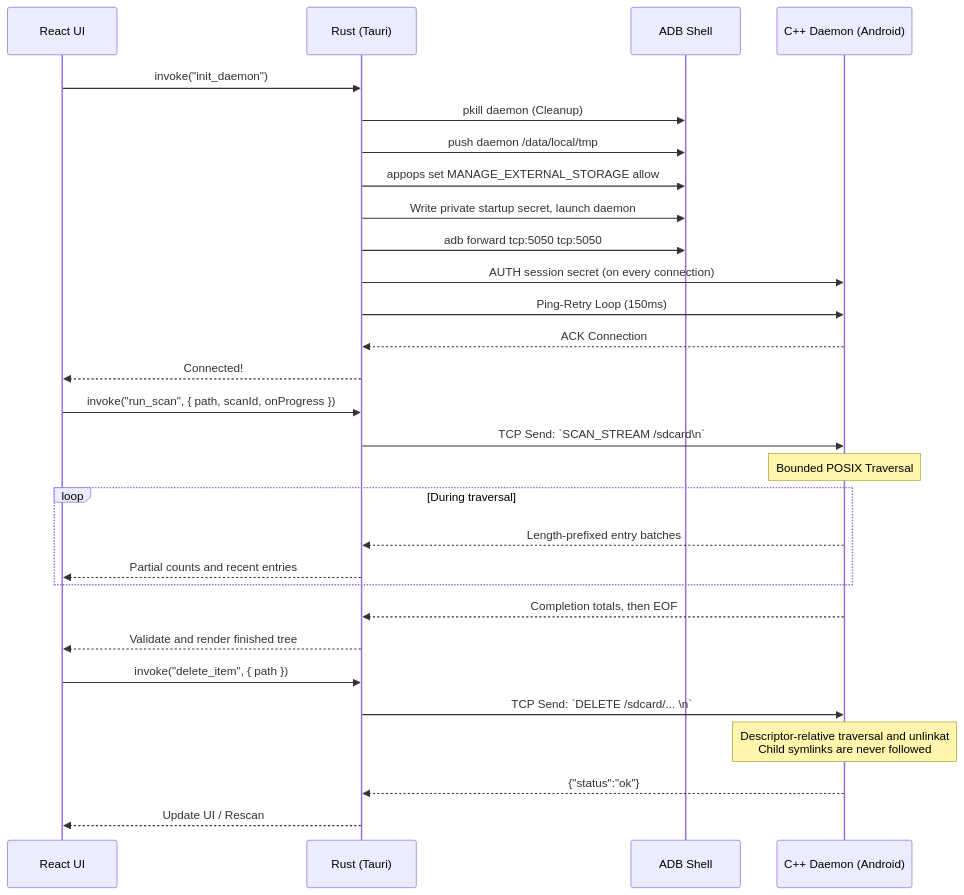
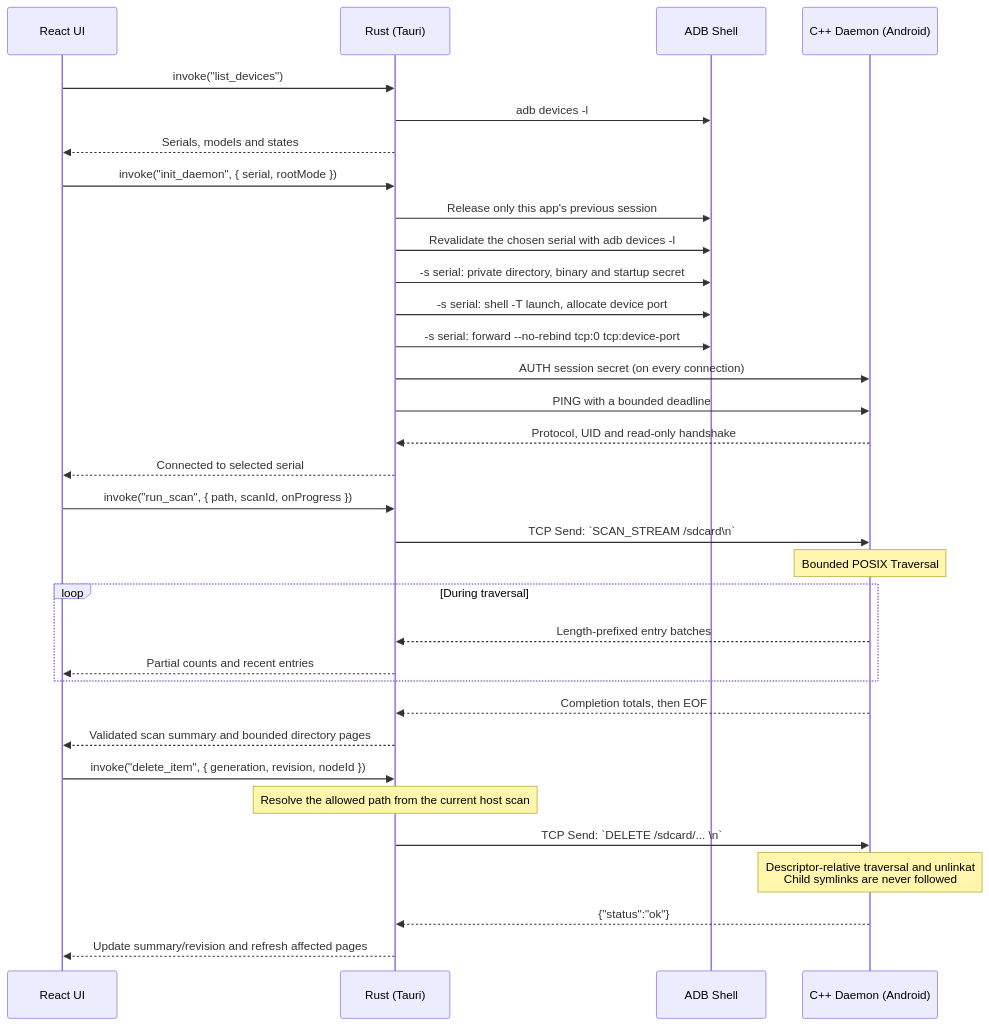
The second of 2 diagrams in README.md (VishnuSrivatsava/SocketSweep), drawn with Mermaid before and after one commit. The commit also changed other lines of this file and 12 other files, not shown here.

````diff
--- a/README.md
+++ b/README.md
@@ -181,37 +187,41 @@
 ```mermaid
 sequenceDiagram
     participant U as React UI
     participant R as Rust (Tauri)
     participant A as ADB Shell
     participant D as C++ Daemon (Android)
     
     %% Connect Phase
-    U->>R: invoke("init_daemon")
-    R->>A: pkill daemon (Cleanup)
-    R->>A: push daemon /data/local/tmp
-    R->>A: appops set MANAGE_EXTERNAL_STORAGE allow
-    R->>A: Write private startup secret, launch daemon
-    R->>A: adb forward tcp:5050 tcp:5050
+    U->>R: invoke("list_devices")
+    R->>A: adb devices -l
+    R-->>U: Serials, models and states
+    U->>R: invoke("init_daemon", { serial, rootMode })
+    R->>A: Release only this app's previous session
+    R->>A: Revalidate the chosen serial with adb devices -l
+    R->>A: -s serial: private directory, binary and startup secret
+    R->>A: -s serial: shell -T launch, allocate device port
+    R->>A: -s serial: forward --no-rebind tcp:0 tcp:device-port
     R->>D: AUTH session secret (on every connection)
-    R->>D: Ping-Retry Loop (150ms)
-    D-->>R: ACK Connection
-    R-->>U: Connected!
+    R->>D: PING with a bounded deadline
+    D-->>R: Protocol, UID and read-only handshake
+    R-->>U: Connected to selected serial
     
     %% Scan Phase
     U->>R: invoke("run_scan", { path, scanId, onProgress })
     R->>D: TCP Send: `SCAN_STREAM /sdcard\n`
     Note over D: Bounded POSIX Traversal
     loop During traversal
         D-->>R: Length-prefixed entry batches
         R-->>U: Partial counts and recent entries
     end
     D-->>R: Completion totals, then EOF
-    R-->>U: Validate and render finished tree
+    R-->>U: Validated scan summary and bounded directory pages
     
     %% Delete Phase
-    U->>R: invoke("delete_item", { path })
+    U->>R: invoke("delete_item", { generation, revision, nodeId })
+    Note over R: Resolve the allowed path from the current host scan
     R->>D: TCP Send: `DELETE /sdcard/... \n`
     Note over D: Descriptor-relative traversal and unlinkat<br/>Child symlinks are never followed
     D-->>R: {"status":"ok"}
-    R-->>U: Update UI / Rescan
+    R-->>U: Update summary/revision and refresh affected pages
 ```
````
